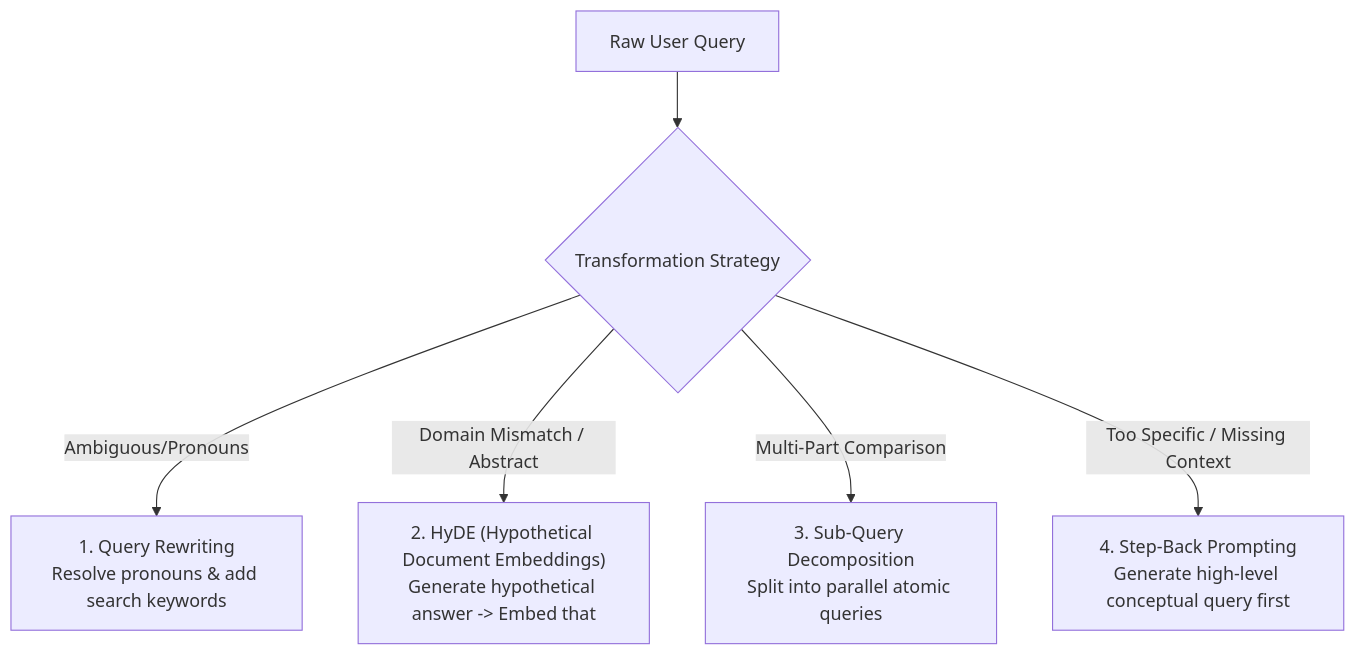
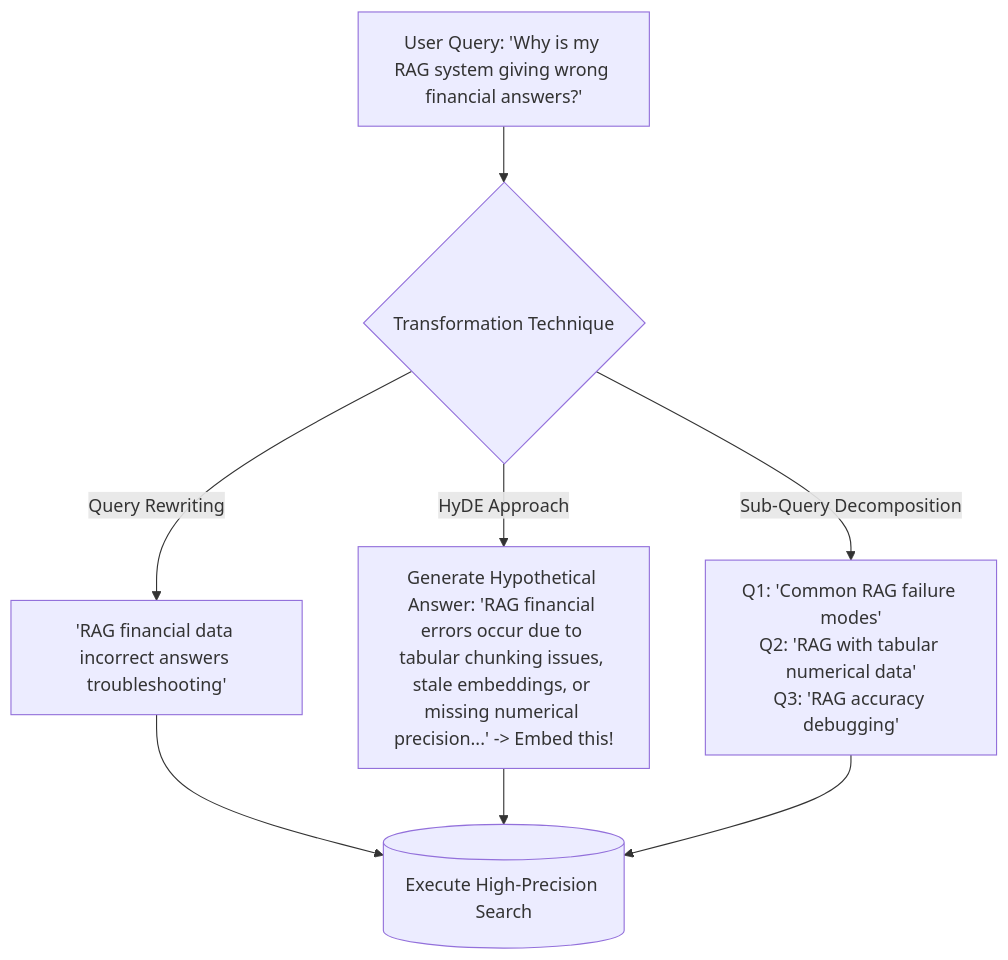
One commit to Nishant8826/theory-leaning changed diagram 12 of 31 in RAG/01_RAG_30_Questions.md. Above: the diagram before and after it, drawn with Mermaid. The commit also changed other lines of this file and 2 other files, not shown here.

````diff
--- a/RAG/01_RAG_30_Questions.md
+++ b/RAG/01_RAG_30_Questions.md
@@ -768,9 +672,10 @@
 ```mermaid
 flowchart TD
-    UserQ["Raw User Query"] --> Choice{Transformation Strategy}
+    UQ["User Query: 'Why is my RAG system giving wrong financial answers?'"] --> Choice{Transformation Technique}
 
-    Choice -->|Ambiguous/Pronouns| QR["1. Query Rewriting<br/>Resolve pronouns & add search keywords"]
-    Choice -->|Domain Mismatch / Abstract| HyDE["2. HyDE (Hypothetical Document Embeddings)<br/>Generate hypothetical answer -> Embed that"]
-    Choice -->|Multi-Part Comparison| SQD["3. Sub-Query Decomposition<br/>Split into parallel atomic queries"]
-    Choice -->|Too Specific / Missing Context| SBP["4. Step-Back Prompting<br/>Generate high-level conceptual query first"]
+    Choice -->|Query Rewriting| QR["'RAG financial data incorrect answers troubleshooting'"]
+    Choice -->|HyDE Approach| HY["Generate Hypothetical Answer: 'RAG financial errors occur due to tabular chunking issues, stale embeddings, or missing numerical precision...' -> Embed this!"]
+    Choice -->|Sub-Query Decomposition| SQ["Q1: 'Common RAG failure modes'<br/>Q2: 'RAG with tabular numerical data'<br/>Q3: 'RAG accuracy debugging'"]
+
+    QR & HY & SQ --> VDB[(Execute High-Precision Search)]
 ```
````
